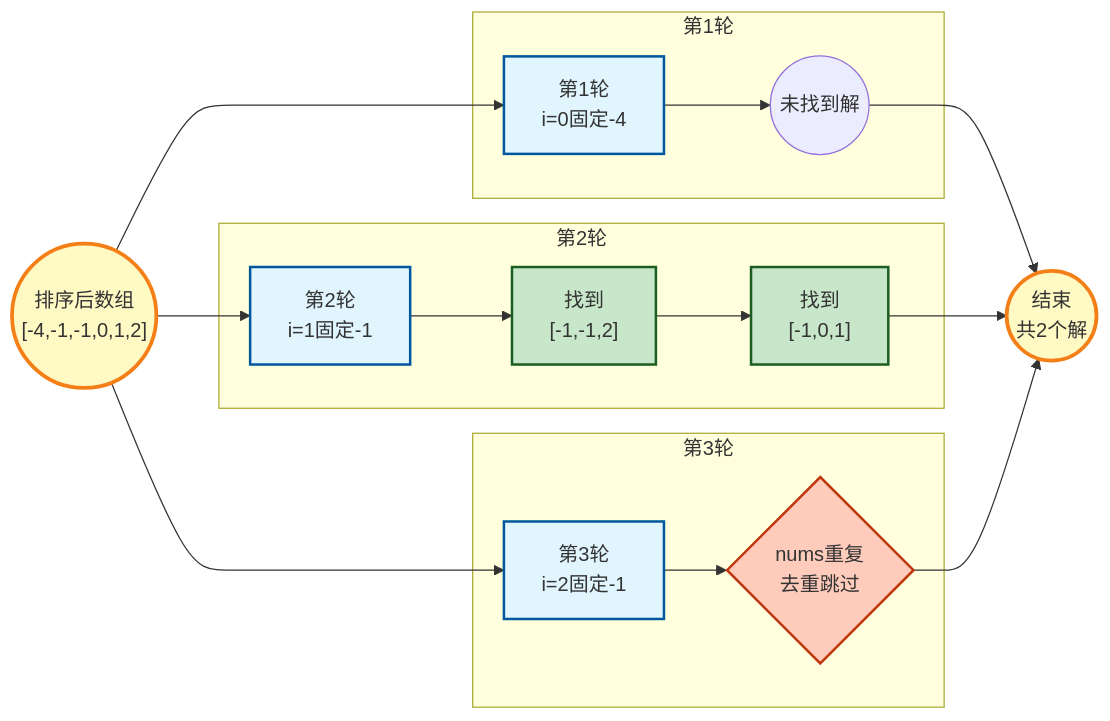
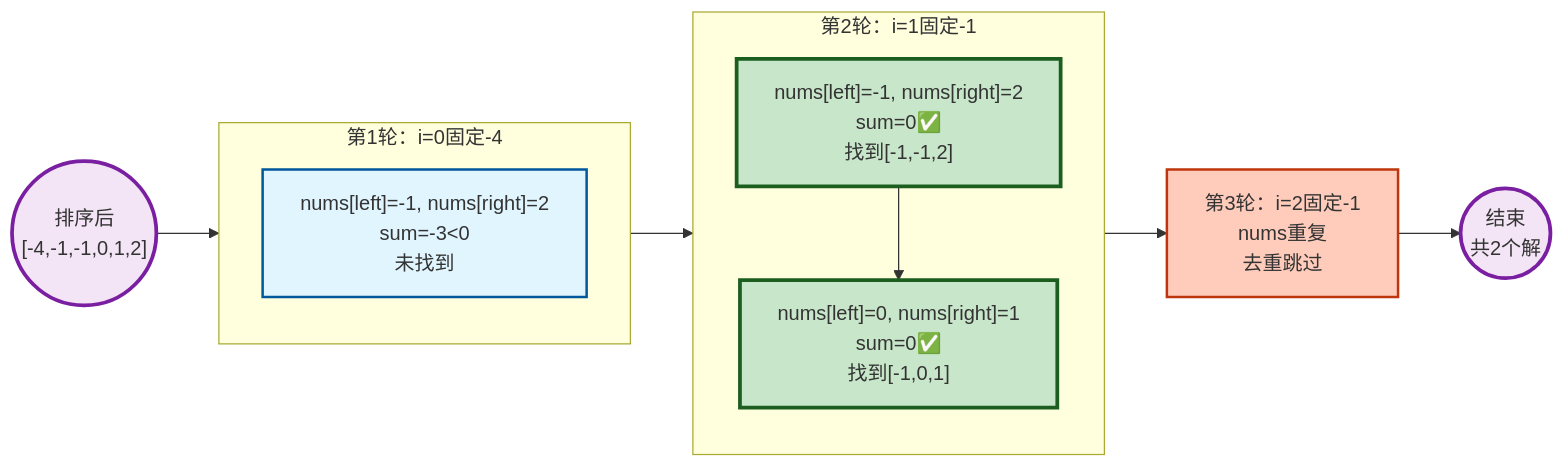
The diagram in source/_posts/algos/Day08-15.3Sum.md (nexa1024/nexa1024.github.io), drawn with Mermaid before and after one commit. The commit also changed 3 other files, not shown here.

```diff
--- a/source/_posts/algos/Day08-15.3Sum.md
+++ b/source/_posts/algos/Day08-15.3Sum.md
@@ -127,32 +127,28 @@
 {% mermaid flowchart LR %}
-START(("排序后数组<br/>[-4,-1,-1,0,1,2]")) --> ROUND1
-START --> ROUND2
-START --> ROUND3
+    START(("排序后<br/>[-4,-1,-1,0,1,2]")) --> R1SUB --> R2SUB --> SKIP3 --> END
 
-subgraph 第1轮[第1轮]
-    ROUND1["第1轮<br/>i=0固定-4"] --> R1_RESULT((未找到解))
-end
+    subgraph R1SUB["第1轮：i=0固定-4"]
+        direction TB
+        R1["nums[left]=-1, nums[right]=2<br/>sum=-3<0<br/>未找到"]
+    end
 
-subgraph 第2轮[第2轮]
-    ROUND2["第2轮<br/>i=1固定-1"] --> FIND1["找到<br/>[-1,-1,2]"]
-    FIND1 --> FIND2["找到<br/>[-1,0,1]"]
-end
+    subgraph R2SUB["第2轮：i=1固定-1"]
+        direction TB
+        R2["nums[left]=-1, nums[right]=2<br/>sum=0✅<br/>找到[-1,-1,2]"]
+        R2 --> R2b["nums[left]=0, nums[right]=1<br/>sum=0✅<br/>找到[-1,0,1]"]
+    end
 
-subgraph 第3轮[第3轮]
-    ROUND3["第3轮<br/>i=2固定-1"] --> SKIP{"nums重复<br/>去重跳过"}
-end
+    SKIP3["第3轮：i=2固定-1<br/>nums重复<br/>去重跳过"]
 
-R1_RESULT --> END((结束<br/>共2个解))
-FIND2 --> END
-SKIP --> END
+    END(("结束<br/>共2个解"))
 
-classDef roundStyle fill:#e1f5ff,stroke:#01579b,stroke-width:2px
-classDef foundStyle fill:#c8e6c9,stroke:#1b5e20,stroke-width:2px
-classDef skipStyle fill:#ffccbc,stroke:#bf360c,stroke-width:2px
-classDef startStyle fill:#fff9c4,stroke:#f57f17,stroke-width:3px
+    classDef startEndStyle fill:#f3e5f5,stroke:#7b1fa2,stroke-width:3px
+    classDef roundStyle fill:#e1f5ff,stroke:#01579b,stroke-width:2px
+    classDef foundStyle fill:#c8e6c9,stroke:#1b5e20,stroke-width:3px
+    classDef skipStyle fill:#ffccbc,stroke:#bf360c,stroke-width:2px
 
-class START,END startStyle
-class ROUND1,ROUND2,ROUND3 roundStyle
-class FIND1,FIND2 foundStyle
-class SKIP skipStyle
+    class START,END startEndStyle
+    class R1,R2,R2b roundStyle
+    class R2,R2b foundStyle
+    class SKIP3 skipStyle
 {% endmermaid %}
```
